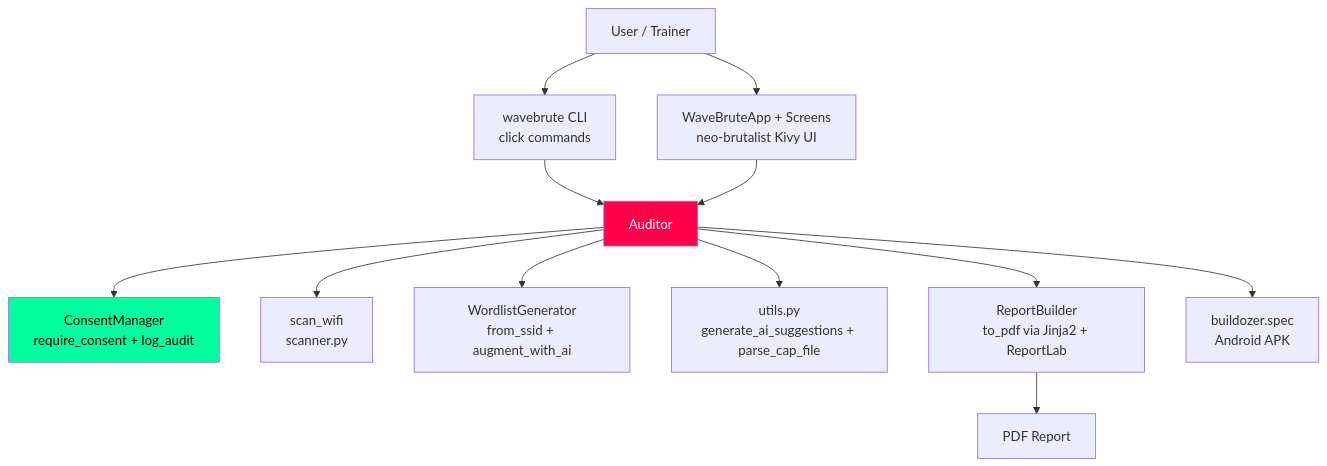
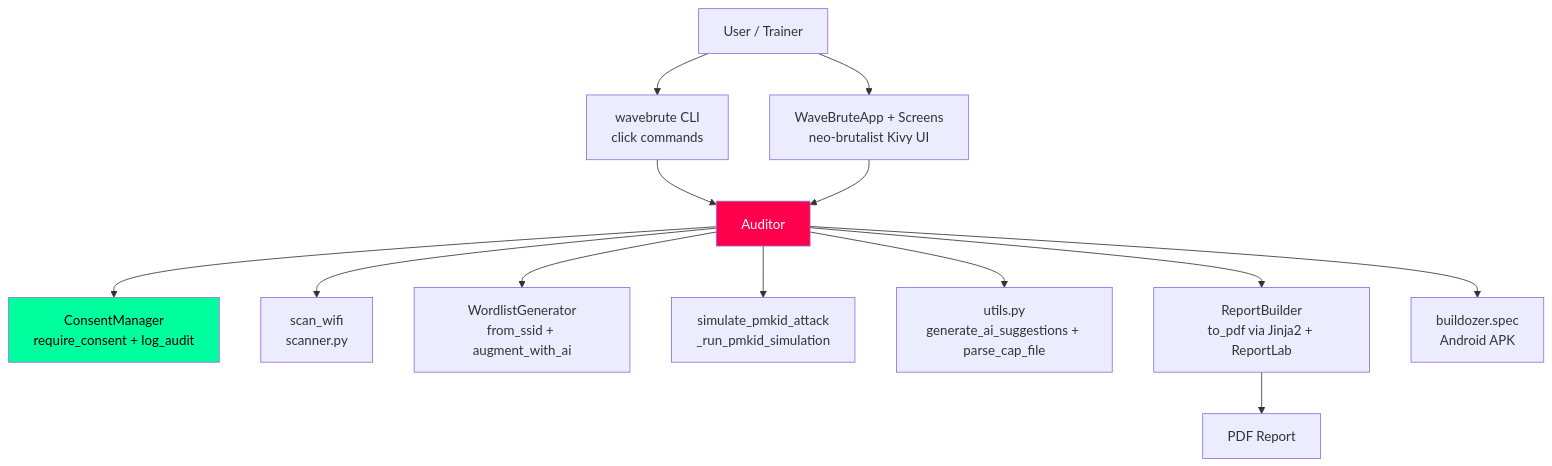
Before and after one commit to ajendras/wavebrute: the diagram in README.md, drawn with Mermaid. The commit also changed other lines of this file and 5 other files, not shown here.

Commit message:
feat(auditor): add PMKID attack simulation module

````diff
--- a/README.md
+++ b/README.md
@@ -173,15 +184,16 @@
 ```mermaid
 graph TD
     User[User / Trainer] --> CLI[wavebrute CLI<br/>click commands]
     User --> GUI[WaveBruteApp + Screens<br/>neo-brutalist Kivy UI]
     CLI & GUI --> Auditor
     Auditor --> Consent[ConsentManager<br/>require_consent + log_audit]
     Auditor --> Scan[scan_wifi<br/>scanner.py]
     Auditor --> Gen[WordlistGenerator<br/>from_ssid + augment_with_ai]
+    Auditor --> PMKID[simulate_pmkid_attack<br/>_run_pmkid_simulation]
     Auditor --> Utils[utils.py<br/>generate_ai_suggestions + parse_cap_file]
     Auditor --> Report[ReportBuilder<br/>to_pdf via Jinja2 + ReportLab]
     Auditor --> Android[buildozer.spec<br/>Android APK]
     Report --> PDF[PDF Report]
     style Auditor fill:#ff004d,color:#fff
     style Consent fill:#00ff9f,color:#000
 ```
````
